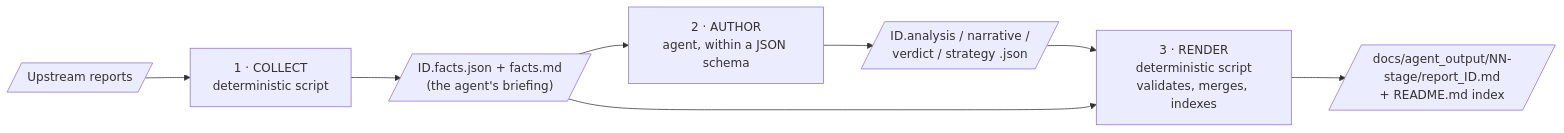
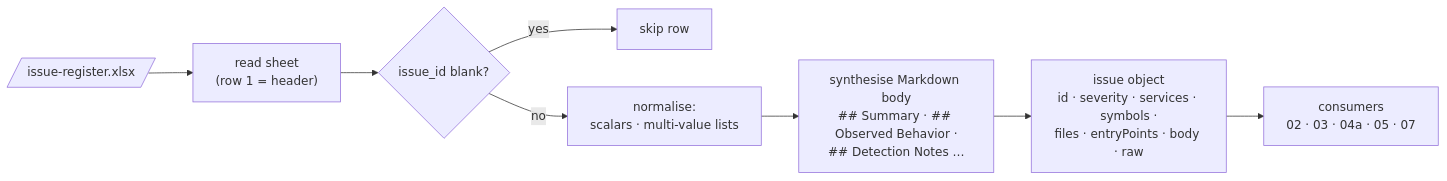
The ninth of 31 diagrams in README.md (KrishnaAnnavaram/MARS), drawn with Mermaid before and after one commit. The commit also changed other lines of this file, not shown here.

First line of the commit message:
Rewrite the README as a full agent-and-skill handbook

````diff
--- a/README.md
+++ b/README.md
@@ -296,10 +507,10 @@
 ```mermaid
 flowchart LR
-    UP[/"Upstream reports"/] --> COL["1 · COLLECT<br/>deterministic script"]
-    COL --> F[/"ID.facts.json + facts.md<br/>(the agent's briefing)"/]
-    F --> AG["2 · AUTHOR<br/>agent, within a JSON schema"]
-    AG --> J[/"ID.analysis / narrative /<br/>verdict / strategy .json"/]
-    J --> REN["3 · RENDER<br/>deterministic script<br/>validates, merges, indexes"]
-    F --> REN
-    REN --> R[/"docs/agent_output/NN-stage/report_ID.md<br/>+ README.md index"/]
+    X[/"issue-register.xlsx"/] --> RD["read sheet<br/>(row 1 = header)"]
+    RD --> SK{"issue_id blank?"}
+    SK -->|yes| SKIP["skip row"]
+    SK -->|no| N["normalise:<br/>scalars · multi-value lists"]
+    N --> MD["synthesise Markdown body<br/>## Summary · ## Observed Behavior ·<br/>## Detection Notes …"]
+    MD --> ISS["issue object<br/>id · severity · services · symbols ·<br/>files · entryPoints · body · raw"]
+    ISS --> C["consumers<br/>02 · 03 · 04a · 05 · 07"]
 ```
````
